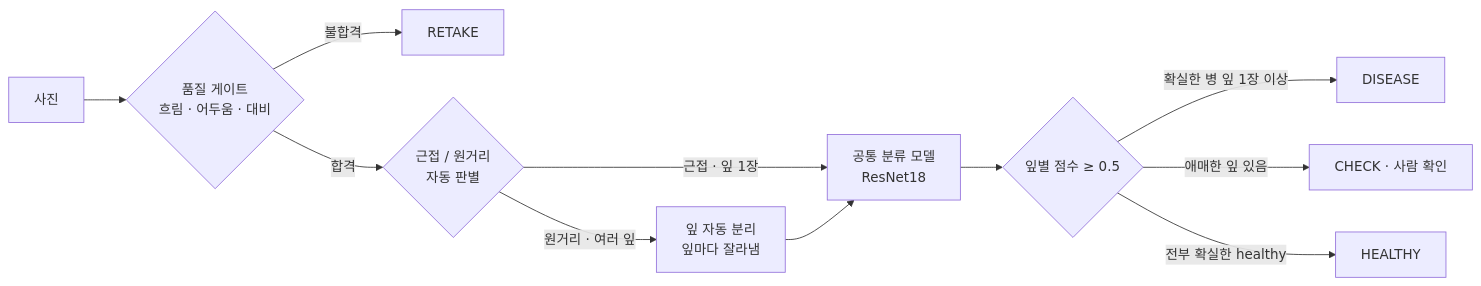
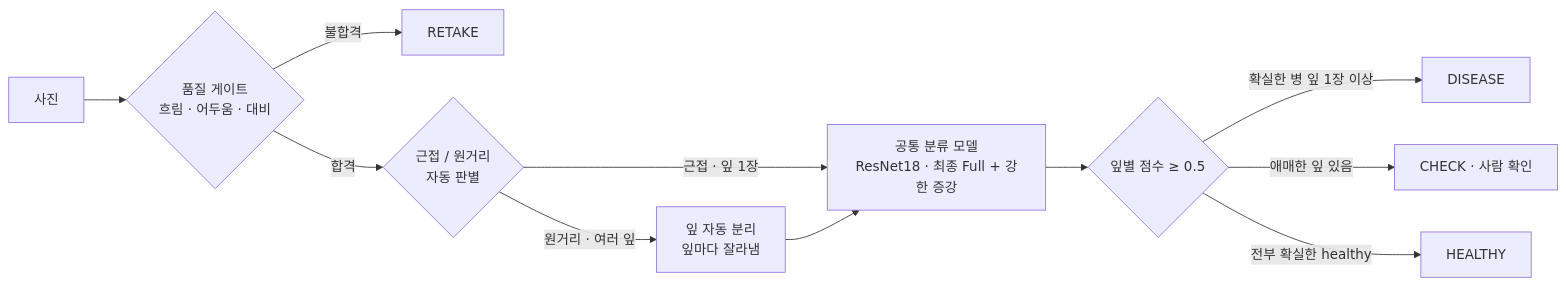
The third of 3 diagrams in reports/08_최종기술보고서.md (sunghyunglee6334-web/fastapi-beans-resnet18-project), drawn with Mermaid before and after one commit. The commit also changed other lines of this file and 7 other files, not shown here.

Commit message:
docs: 최종 Architecture (v2 근접 / 원거리 흐름) · 08 처리 흐름 Mermaid · 의사코드 · 산출물 최종 모델 표기

````diff
--- a/reports/08_최종기술보고서.md
+++ b/reports/08_최종기술보고서.md
@@ -206,12 +282,12 @@
 ```mermaid
 flowchart LR
     P[사진] --> Q{품질 게이트<br/>흐림 · 어두움 · 대비}
     Q -- 불합격 --> R[RETAKE]
     Q -- 합격 --> S{근접 / 원거리<br/>자동 판별}
-    S -- 근접 · 잎 1장 --> M[공통 분류 모델<br/>ResNet18]
+    S -- 근접 · 잎 1장 --> M[공통 분류 모델<br/>ResNet18 · 최종 Full + 강한 증강]
     S -- 원거리 · 여러 잎 --> T[잎 자동 분리<br/>잎마다 잘라냄] --> M
     M --> V{잎별 점수 ≥ 0.5}
     V -- 확실한 병 잎 1장 이상 --> X[DISEASE]
     V -- 애매한 잎 있음 --> Y[CHECK · 사람 확인]
     V -- 전부 확실한 healthy --> Z[HEALTHY]
 ```
````
